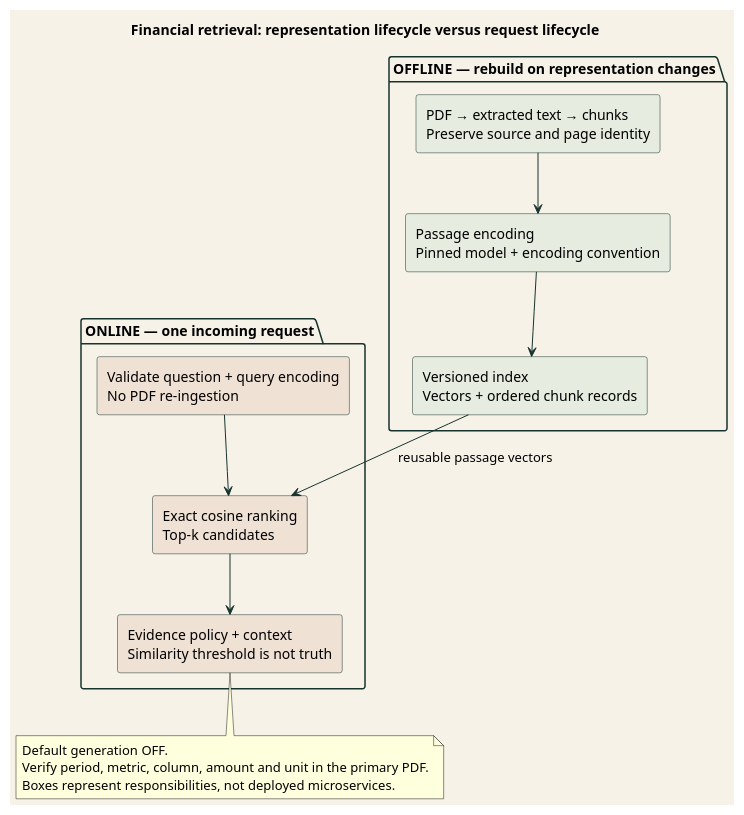
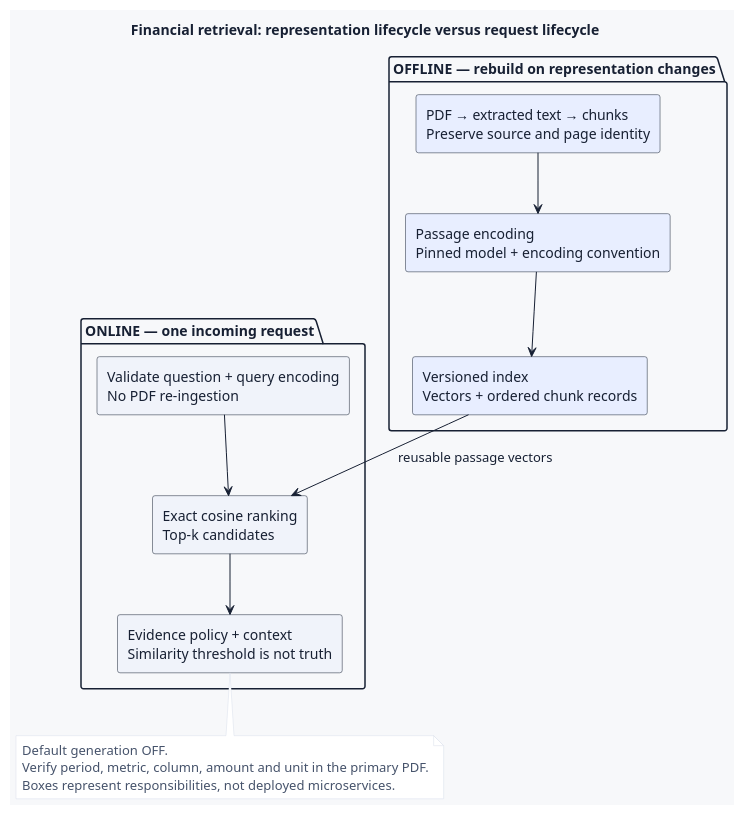
Before and after one commit to 1235357/1235357.github.io: the diagram in figures/two-lifecycles.puml, drawn with PlantUML. The commit also changed 37 other files, not shown here.

```diff
--- a/figures/two-lifecycles.puml
+++ b/figures/two-lifecycles.puml
@@ -1,31 +1,39 @@
 @startuml
 title Financial retrieval: representation lifecycle versus request lifecycle
-skinparam backgroundColor #F6F2E8
+skinparam backgroundColor #F7F8FA
 skinparam shadowing false
-skinparam defaultFontName Georgia
-skinparam ArrowColor #17332D
-skinparam rectangleBorderColor #17332D
-skinparam packageBorderColor #17332D
+skinparam defaultFontColor #172033
+skinparam titleFontColor #172033
+skinparam noteBackgroundColor #FFFFFF
+skinparam noteBorderColor #D8DFEB
+skinparam noteFontColor #46536B
+skinparam packageFontColor #172033
+skinparam legendBackgroundColor #FFFFFF
+skinparam legendFontColor #46536B
+skinparam defaultFontName "Segoe UI"
+skinparam ArrowColor #172033
+skinparam rectangleBorderColor #172033
+skinparam packageBorderColor #172033
 top to bottom direction
 
 package "OFFLINE — rebuild on representation changes" {
-  rectangle "PDF → extracted text → chunks\nPreserve source and page identity" as chunks #E6ECDF
-  rectangle "Passage encoding\nPinned model + encoding convention" as encoding #E6ECDF
-  rectangle "Versioned index\nVectors + ordered chunk records" as index #E6ECDF
+  rectangle "PDF → extracted text → chunks\nPreserve source and page identity" as chunks #E8EEFF
+  rectangle "Passage encoding\nPinned model + encoding convention" as encoding #E8EEFF
+  rectangle "Versioned index\nVectors + ordered chunk records" as index #E8EEFF
   chunks --> encoding
   encoding --> index
 }
 package "ONLINE — one incoming request" {
-  rectangle "Validate question + query encoding\nNo PDF re-ingestion" as query #F0E1D5
-  rectangle "Exact cosine ranking\nTop-k candidates" as ranking #F0E1D5
-  rectangle "Evidence policy + context\nSimilarity threshold is not truth" as context #F0E1D5
+  rectangle "Validate question + query encoding\nNo PDF re-ingestion" as query #F0F3FA
+  rectangle "Exact cosine ranking\nTop-k candidates" as ranking #F0F3FA
+  rectangle "Evidence policy + context\nSimilarity threshold is not truth" as context #F0F3FA
   query --> ranking
   ranking --> context
 }
 index --> ranking : reusable passage vectors
 note bottom of context
   Default generation OFF.
   Verify period, metric, column, amount and unit in the primary PDF.
   Boxes represent responsibilities, not deployed microservices.
 end note
 @enduml
```
